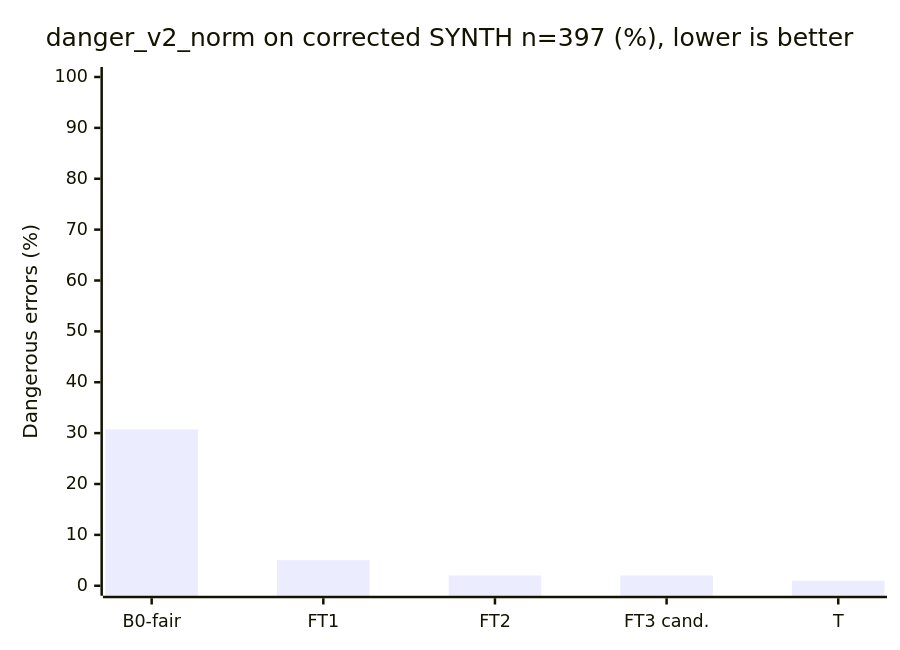
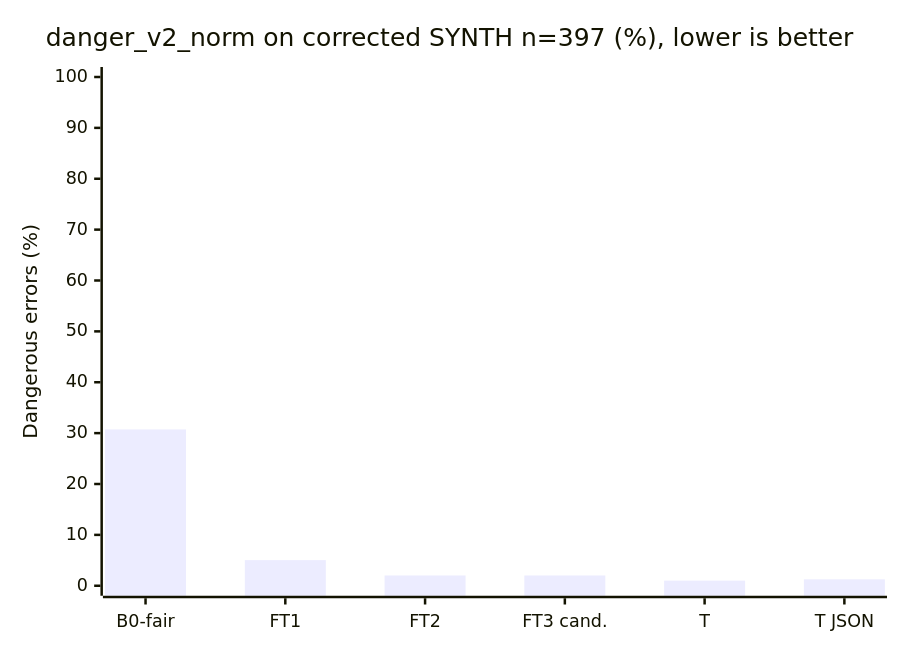
One commit to Vedant817/aaji-pill-clerk changed the fourth of 4 diagrams in eval/results.md. Above: the diagram before and after it, drawn with Mermaid. The commit also changed other lines of this file and 15 other files, not shown here.

````diff
--- a/eval/results.md
+++ b/eval/results.md
@@ -196,7 +200,7 @@
 ```mermaid
 xychart-beta
     title "danger_v2_norm on corrected SYNTH n=397 (%), lower is better"
-    x-axis ["B0-fair", "FT1", "FT2", "FT3 cand.", "T"]
+    x-axis ["B0-fair", "FT1", "FT2", "FT3 cand.", "T", "T JSON"]
     y-axis "Dangerous errors (%)" 0 --> 100
-    bar [30.73, 5.04, 2.02, 2.02, 1.01]
+    bar [30.73, 5.04, 2.02, 2.02, 1.01, 1.26]
 ```
````
